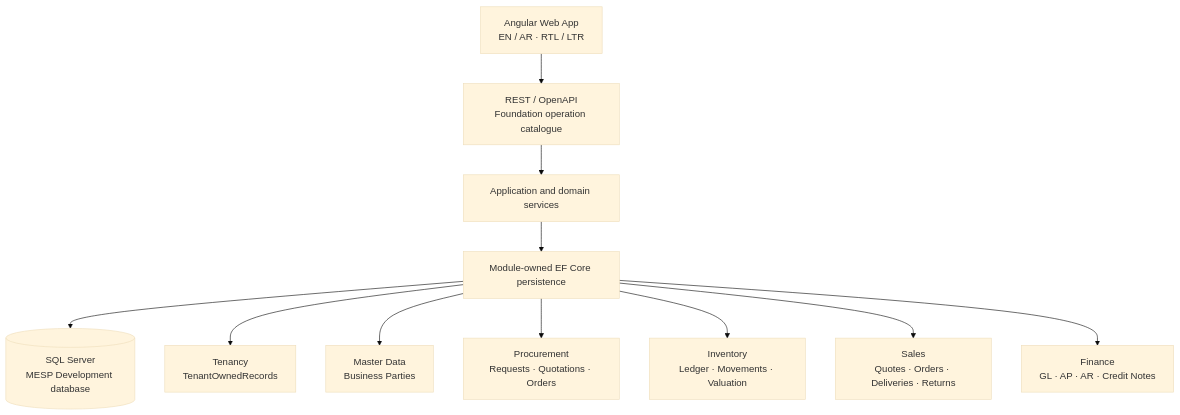
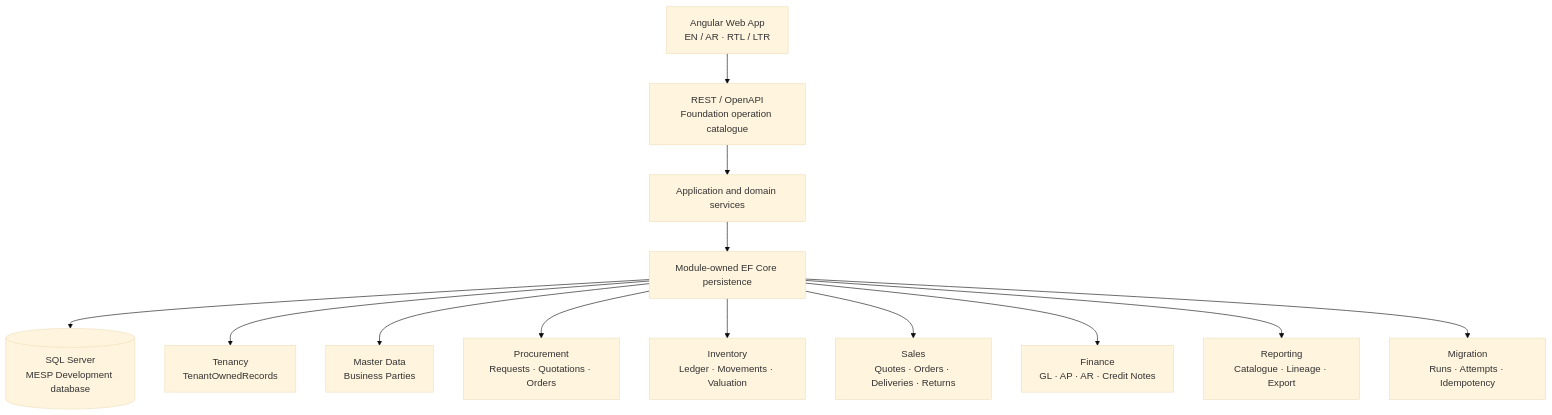
One commit to Hossam1104/Mini_ERP_SaaS_Platform changed the diagram in README.md. Above: the diagram before and after it, drawn with Mermaid (base theme). The commit also changed other lines of this file and 5 other files, not shown here.

````diff
--- a/README.md
+++ b/README.md
@@ -121,16 +123,18 @@
 ```mermaid
 flowchart TD
     UI["Angular Web App<br/>EN / AR · RTL / LTR"]
     API["REST / OpenAPI<br/>Foundation operation catalogue"]
     APP["Application and domain services"]
     PERSIST["Module-owned EF Core persistence"]
     SQL[("SQL Server<br/>MESP Development database")]
 
     UI --> API --> APP --> PERSIST --> SQL
     PERSIST --> T["Tenancy<br/>TenantOwnedRecords"]
     PERSIST --> MD["Master Data<br/>Business Parties"]
     PERSIST --> PROC["Procurement<br/>Requests · Quotations · Orders"]
     PERSIST --> INV["Inventory<br/>Ledger · Movements · Valuation"]
     PERSIST --> SAL["Sales<br/>Quotes · Orders · Deliveries · Returns"]
     PERSIST --> FIN["Finance<br/>GL · AP · AR · Credit Notes"]
+    PERSIST --> REP["Reporting<br/>Catalogue · Lineage · Export"]
+    PERSIST --> MIG["Migration<br/>Runs · Attempts · Idempotency"]
 ```
````
